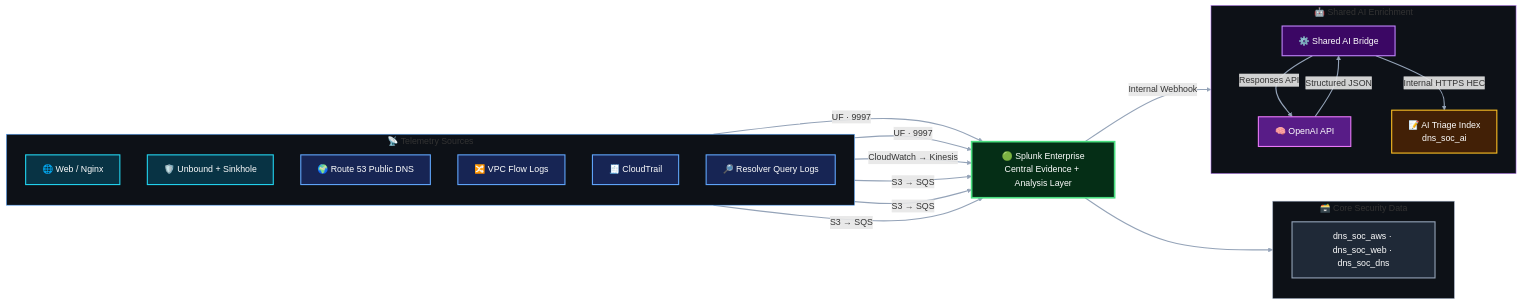
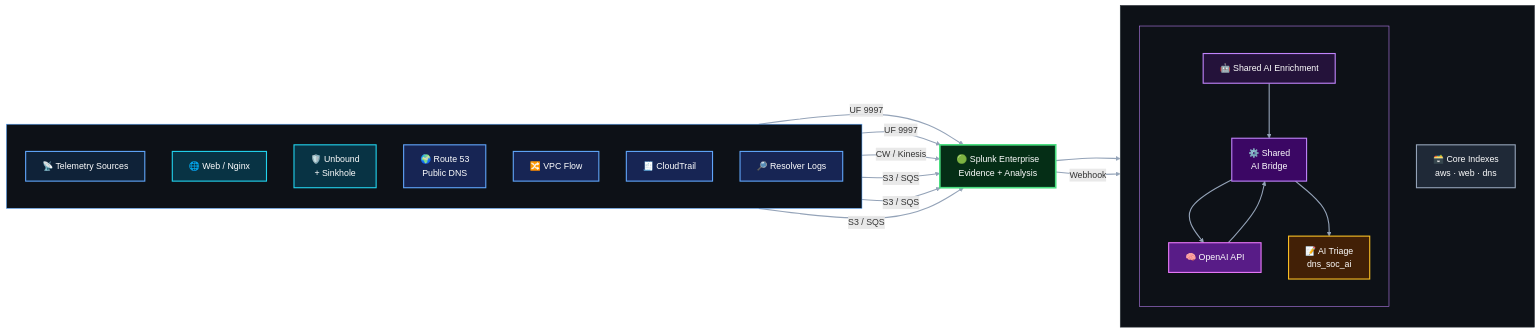
One commit to DNSentinel-Lab/DNS-Lab-Infrastructure changed the second of 2 diagrams in README.md. Above: the diagram before and after it, drawn with Mermaid. The commit also changed other lines of this file, not shown here.

Commit message:
Refactor README.md for clarity and structure

```diff
--- a/README.md
+++ b/README.md
@@ -208,71 +202,80 @@
 flowchart LR
 
     %% =====================================================
-    %% TELEMETRY SOURCES
+    %% SOURCES
     %% =====================================================
-    subgraph SOURCES["📡 Telemetry Sources"]
+    subgraph SOURCES[" "]
         direction TB
+        SH["📡 Telemetry Sources"]
 
         WEB["🌐 Web / Nginx"]
-        DNS["🛡️ Unbound + Sinkhole"]
-        R53["🌍 Route 53 Public DNS"]
-        VPC["🔀 VPC Flow Logs"]
+        DNS["🛡️ Unbound<br/>+ Sinkhole"]
+        R53["🌍 Route 53<br/>Public DNS"]
+        VPC["🔀 VPC Flow"]
         CT["🧾 CloudTrail"]
-        RQ["🔎 Resolver Query Logs"]
+        RQ["🔎 Resolver Logs"]
     end
 
 
     %% =====================================================
-    %% CENTRAL SPLUNK LAYER
+    %% SPLUNK CORE
     %% =====================================================
-    SPL["🟢 Splunk Enterprise<br/>Central Evidence + Analysis Layer"]
+    SPL["🟢 Splunk Enterprise<br/>Evidence + Analysis"]
 
 
     %% =====================================================
-    %% CORE DATA OUTPUT
+    %% RIGHT SIDE
     %% =====================================================
-    subgraph DATA["🗃️ Core Security Data"]
+    subgraph RIGHT[" "]
         direction TB
-        IDX["dns_soc_aws · dns_soc_web · dns_soc_dns"]
+
+        DATA["🗃️ Core Indexes<br/>aws · web · dns"]
+
+        subgraph AI[" "]
+            direction TB
+            AH["🤖 Shared AI Enrichment"]
+
+            AIB["⚙️ Shared<br/>AI Bridge"]
+            OAI["🧠 OpenAI API"]
+            AIDX["📝 AI Triage<br/>dns_soc_ai"]
+
+            AH --> AIB
+            AIB --> OAI
+            OAI --> AIB
+            AIB --> AIDX
+        end
     end
 
 
     %% =====================================================
-    %% AI ENRICHMENT PATH
+    %% INGESTION
     %% =====================================================
-    subgraph AI["🤖 Shared AI Enrichment"]
-        direction TB
-
-        AIB["⚙️ Shared AI Bridge"]
-        OAI["🧠 OpenAI API"]
-        AIDX["📝 AI Triage Index<br/>dns_soc_ai"]
-    end
+    WEB -->|"UF 9997"| SPL
+    DNS -->|"UF 9997"| SPL
+    R53 -->|"CW / Kinesis"| SPL
+    VPC -->|"S3 / SQS"| SPL
+    CT -->|"S3 / SQS"| SPL
+    RQ -->|"S3 / SQS"| SPL
 
 
     %% =====================================================
-    %% INGESTION INTO SPLUNK
+    %% OUTPUTS
     %% =====================================================
-    WEB -->|"UF · 9997"| SPL
-    DNS -->|"UF · 9997"| SPL
-    R53 -->|"CloudWatch → Kinesis"| SPL
-    VPC -->|"S3 → SQS"| SPL
-    CT -->|"S3 → SQS"| SPL
-    RQ -->|"S3 → SQS"| SPL
+    SPL --> DATA
+    SPL -->|"Webhook"| AIB
+
+    %% =====================================================
+    %% HEADER STYLES
+    %% =====================================================
+    classDef sourceHeader fill:#0f2238,stroke:#60a5fa,stroke-width:2px,color:#ffffff;
+    classDef aiHeader fill:#24123a,stroke:#c084fc,stroke-width:2px,color:#ffffff;
+
+    class SH sourceHeader;
+    class AH aiHeader;
 
 
     %% =====================================================
-    %% SPLUNK OUTPUTS
-    %% =====================================================
-    SPL --> IDX
-    SPL -->|"Internal Webhook"| AIB
-
-    AIB -->|"Responses API"| OAI
-    OAI -->|"Structured JSON"| AIB
-    AIB -->|"Internal HTTPS HEC"| AIDX
-
-
-    %% =====================================================
-    %% NODE STYLING
+    %% NODE STYLES
     %% =====================================================
     classDef endpoint fill:#083344,stroke:#22d3ee,stroke-width:2px,color:#ffffff;
     classDef aws fill:#172554,stroke:#60a5fa,stroke-width:2px,color:#ffffff;
@@ -285,17 +288,17 @@
     class WEB,DNS endpoint;
     class R53,VPC,CT,RQ aws;
     class SPL splunk;
-    class IDX data;
+    class DATA data;
     class AIB ai;
     class OAI api;
     class AIDX aidx;
 
 
     %% =====================================================
-    %% GROUP STYLING
+    %% CONTAINER STYLES
     %% =====================================================
     style SOURCES fill:#0d1117,stroke:#58a6ff,stroke-width:1px
-    style DATA fill:#0d1117,stroke:#94a3b8,stroke-width:1px
+    style RIGHT fill:#0d1117,stroke:#30363d,stroke-width:1px
     style AI fill:#0d1117,stroke:#c084fc,stroke-width:1px
 
     linkStyle default stroke:#94a3b8,stroke-width:2px
```
